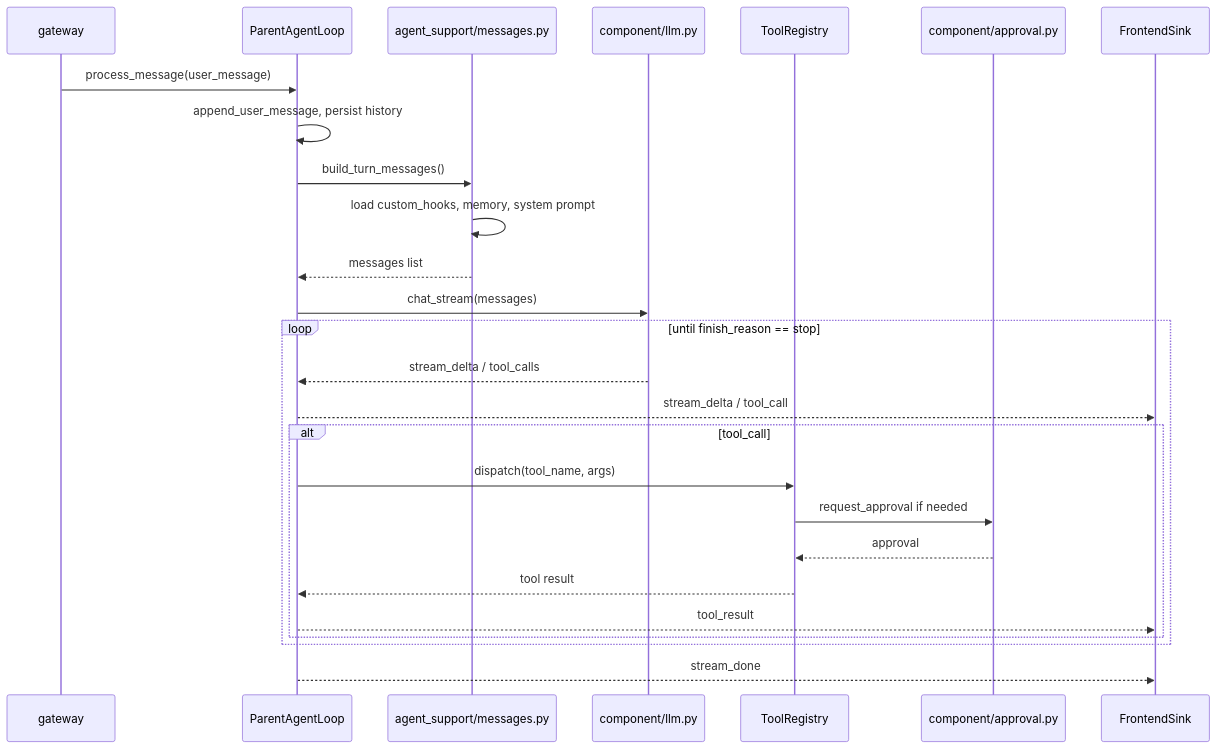
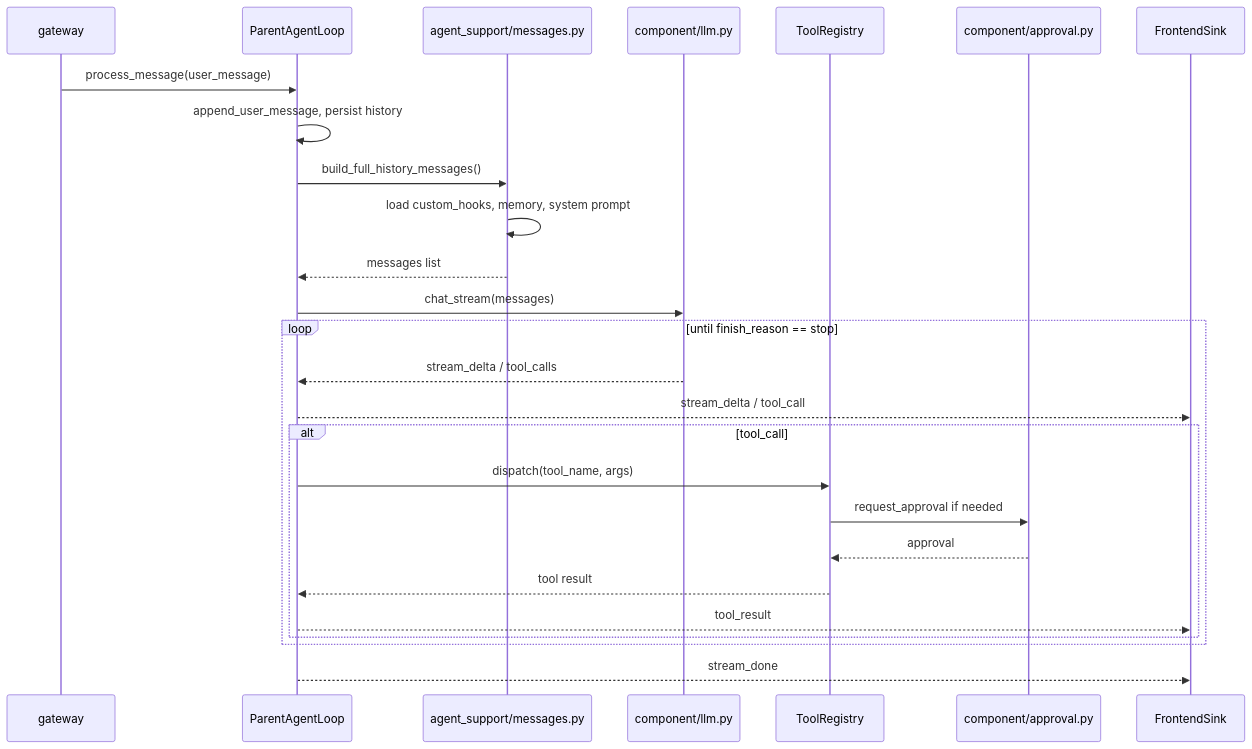
One commit to NINEMINEsigma/evolve-agent changed the diagram in origin_agent/entry/DEV-README.md. Above: the diagram before and after it, drawn with Mermaid. The commit also changed 14 other files, not shown here.

````diff
--- a/origin_agent/entry/DEV-README.md
+++ b/origin_agent/entry/DEV-README.md
@@ -65,29 +65,29 @@
 ```mermaid
 sequenceDiagram
     participant GW as gateway
     participant PAL as ParentAgentLoop
     participant MS as agent_support/messages.py
     participant LLM as component/llm.py
     participant TR as ToolRegistry
     participant APP as component/approval.py
     participant FS as FrontendSink
 
     GW->>PAL: process_message(user_message)
     PAL->>PAL: append_user_message, persist history
-    PAL->>MS: build_turn_messages()
+    PAL->>MS: build_full_history_messages()
     MS->>MS: load custom_hooks, memory, system prompt
     MS-->>PAL: messages list
     PAL->>LLM: chat_stream(messages)
     loop until finish_reason == stop
         LLM-->>PAL: stream_delta / tool_calls
         PAL-->>FS: stream_delta / tool_call
         alt tool_call
             PAL->>TR: dispatch(tool_name, args)
             TR->>APP: request_approval if needed
             APP-->>TR: approval
             TR-->>PAL: tool result
             PAL-->>FS: tool_result
         end
     end
     PAL-->>FS: stream_done
 ```
````
